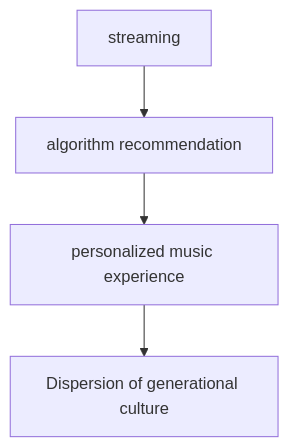
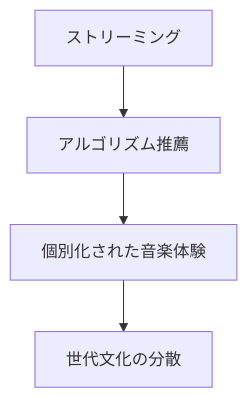
One commit to monumental-movement/monumental-movement.github.io changed the fourth of 4 diagrams in en/_posts/2026-03-13-column-column-why-music-defines-generations.md. Above: the diagram before and after it, drawn with Mermaid. The commit also changed other lines of this file and 2196 other files, not shown here.

```diff
--- a/en/_posts/2026-03-13-column-column-why-music-defines-generations.md
+++ b/en/_posts/2026-03-13-column-column-why-music-defines-generations.md
@@ -228,6 +228,6 @@
 <div class="mermaid">
 graph TD
-A[streaming] --> B[algorithm recommendation]
-B --> C[personalized music experience]
-C --> D[Dispersion of generational culture]
+A[ストリーミング] --> B[アルゴリズム推薦]
+B --> C[個別化された音楽体験]
+C --> D[世代文化の分散]
 </div>
```
